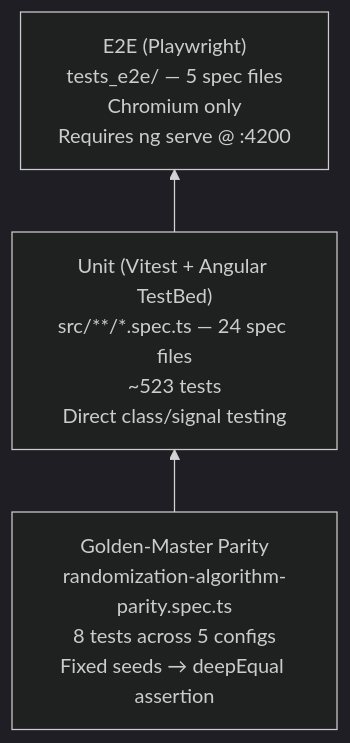
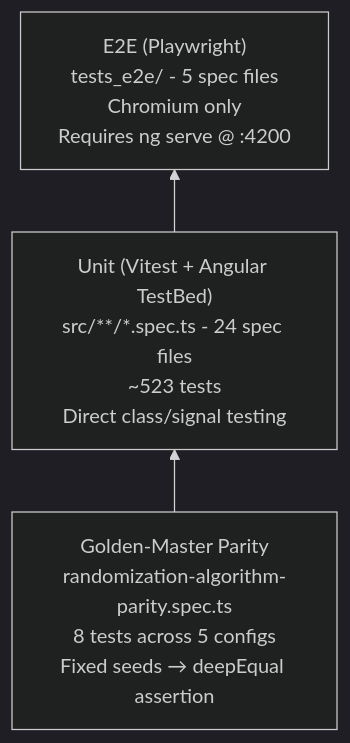
Diagram 16 of 17 in docs/ARCHITECTURE.md (fderuiter/Clinical-Randomization-Generator), drawn with Mermaid (dark theme) before and after one commit. The commit also changed other lines of this file and 23 other files, not shown here.

````diff
--- a/docs/ARCHITECTURE.md
+++ b/docs/ARCHITECTURE.md
@@ -1099,9 +1099,9 @@
 ```mermaid
 graph BT
-    E2E["E2E (Playwright)\ntests_e2e/ — 5 spec files\nChromium only\nRequires ng serve @ :4200"]
-    UNIT["Unit (Vitest + Angular TestBed)\nsrc/**/*.spec.ts — 24 spec files\n~523 tests\nDirect class/signal testing"]
+    E2E["E2E (Playwright)\ntests_e2e/ - 5 spec files\nChromium only\nRequires ng serve @ :4200"]
+    UNIT["Unit (Vitest + Angular TestBed)\nsrc/**/*.spec.ts - 24 spec files\n~523 tests\nDirect class/signal testing"]
     PARITY["Golden-Master Parity\nrandomization-algorithm-parity.spec.ts\n8 tests across 5 configs\nFixed seeds → deepEqual assertion"]
 
     PARITY --> UNIT
     UNIT --> E2E
 ```
````
